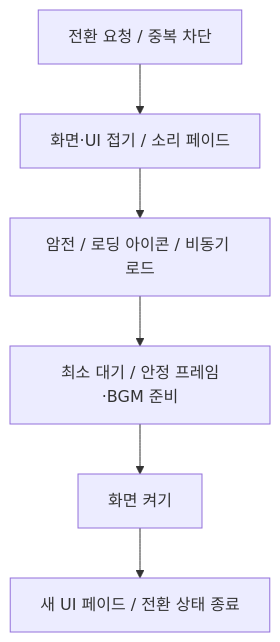
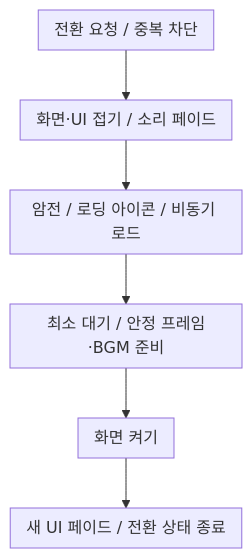
One commit to keeeery/portfolio changed the tenth of 13 diagrams in src/4-ODDITY/TechDoc_ODDITY.md. Above: the diagram before and after it, drawn with Mermaid. The commit also changed other lines of this file and 13 other files, not shown here.

Commit message:
기술 문서: 다이어그램 다듬기와 부가 설명 문구 통일, Arcanist 구조도를 전투·카드 개요로, ODDITY 보스 장 정리와 염동력 시연 GIF, 코드 발췌 머리 주석 통일, 데이터 다시 빌드

````diff
--- a/src/4-ODDITY/TechDoc_ODDITY.md
+++ b/src/4-ODDITY/TechDoc_ODDITY.md
@@ -1079,8 +1107,9 @@
 ```mermaid
+%%{init: {"flowchart": {"padding": 8}}}%%
 flowchart TB
     Start[전환 요청 / 중복 차단] --> Off[화면·UI 접기 / 소리 페이드]
     Off --> Load[암전 / 로딩 아이콘 / 비동기 로드]
     Load --> Wait[최소 대기 / 안정 프레임·BGM 준비]
     Wait --> On[화면 켜기]
     On --> UI[새 UI 페이드 / 전환 상태 종료]
 ```
````
